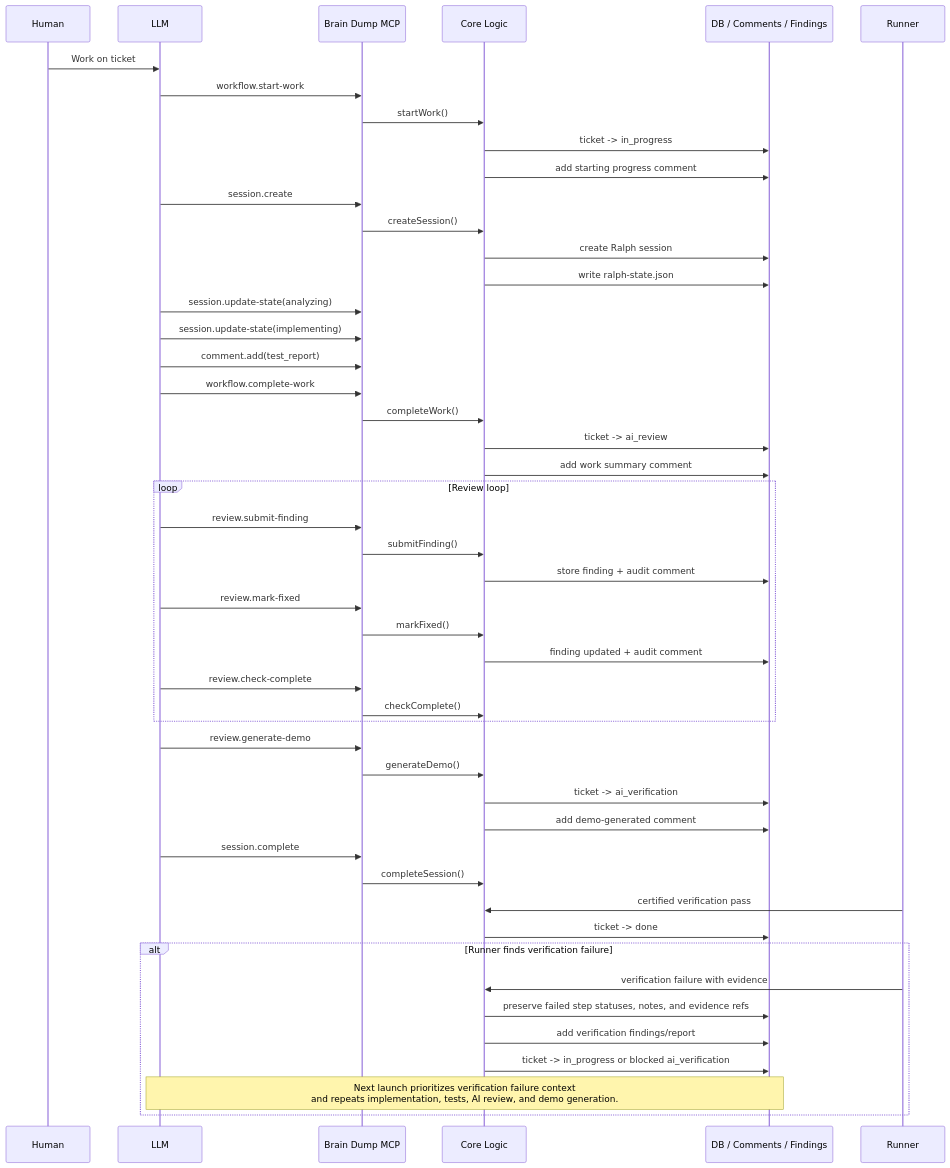
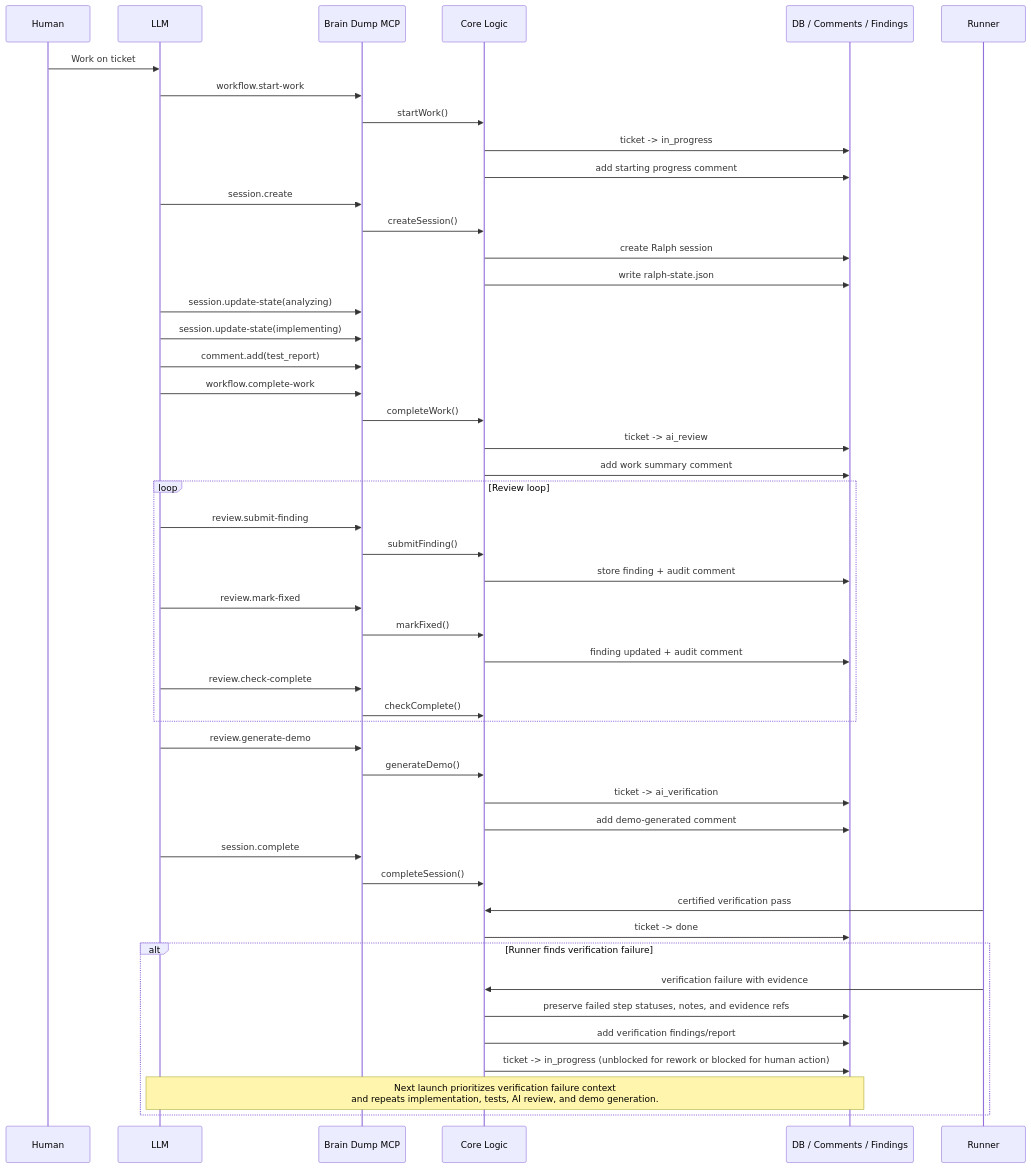
Before and after one commit to salmanrrana/brain-dump: the fifth of 14 diagrams in docs/universal-quality-workflow-per-provider-diagrams.md, drawn with Mermaid. The commit also changed 39 other files, not shown here.

First line of the commit message:
feat(verification): close certification catch-22 and blocked-handoff gaps

````diff
--- a/docs/universal-quality-workflow-per-provider-diagrams.md
+++ b/docs/universal-quality-workflow-per-provider-diagrams.md
@@ -194,58 +194,58 @@
 ```mermaid
 sequenceDiagram
     participant Human
     participant LLM
     participant MCP as Brain Dump MCP
     participant Core as Core Logic
     participant DB as DB / Comments / Findings
 
     Human->>LLM: Work on ticket
     LLM->>MCP: workflow.start-work
     MCP->>Core: startWork()
     Core->>DB: ticket -> in_progress
     Core->>DB: add starting progress comment
 
     LLM->>MCP: session.create
     MCP->>Core: createSession()
     Core->>DB: create Ralph session
     Core->>DB: write ralph-state.json
 
     LLM->>MCP: session.update-state(analyzing)
     LLM->>MCP: session.update-state(implementing)
     LLM->>MCP: comment.add(test_report)
 
     LLM->>MCP: workflow.complete-work
     MCP->>Core: completeWork()
     Core->>DB: ticket -> ai_review
     Core->>DB: add work summary comment
 
     loop Review loop
         LLM->>MCP: review.submit-finding
         MCP->>Core: submitFinding()
         Core->>DB: store finding + audit comment
         LLM->>MCP: review.mark-fixed
         MCP->>Core: markFixed()
         Core->>DB: finding updated + audit comment
         LLM->>MCP: review.check-complete
         MCP->>Core: checkComplete()
     end
 
     LLM->>MCP: review.generate-demo
     MCP->>Core: generateDemo()
     Core->>DB: ticket -> ai_verification
     Core->>DB: add demo-generated comment
 
     LLM->>MCP: session.complete
     MCP->>Core: completeSession()
 
     Runner->>Core: certified verification pass
     Core->>DB: ticket -> done
 
     alt Runner finds verification failure
         Runner->>Core: verification failure with evidence
         Core->>DB: preserve failed step statuses, notes, and evidence refs
         Core->>DB: add verification findings/report
-        Core->>DB: ticket -> in_progress or blocked ai_verification
+        Core->>DB: ticket -> in_progress (unblocked for rework or blocked for human action)
         Note over LLM,DB: Next launch prioritizes verification failure context<br/>and repeats implementation, tests, AI review, and demo generation.
     end
 ```
````
